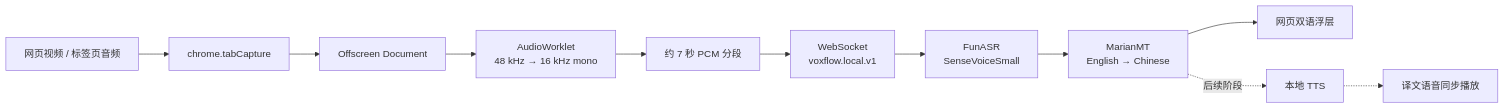
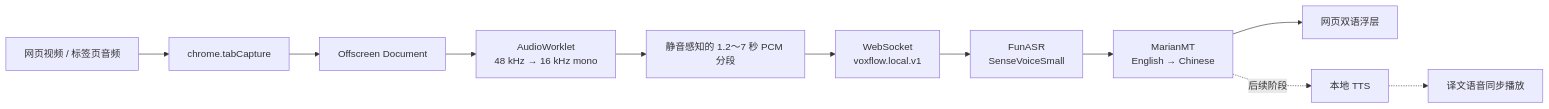
One commit to xiaohao-1337/voxflow changed the diagram in README.md. Above: the diagram before and after it, drawn with Mermaid. The commit also changed other lines of this file and 39 other files, not shown here.

````diff
--- a/README.md
+++ b/README.md
@@ -69,13 +72,13 @@
 ```mermaid
 flowchart LR
   Video["网页视频 / 标签页音频"] --> Capture["chrome.tabCapture"]
   Capture --> Offscreen["Offscreen Document"]
   Offscreen --> Worklet["AudioWorklet<br/>48 kHz → 16 kHz mono"]
-  Worklet --> Segment["约 7 秒 PCM 分段"]
+  Worklet --> Segment["静音感知的 1.2～7 秒 PCM 分段"]
   Segment --> WS["WebSocket<br/>voxflow.local.v1"]
   WS --> ASR["FunASR<br/>SenseVoiceSmall"]
   ASR --> MT["MarianMT<br/>English → Chinese"]
   MT --> Overlay["网页双语浮层"]
   MT -. "后续阶段" .-> TTS["本地 TTS"]
   TTS -.-> Playback["译文语音同步播放"]
 ```
````
